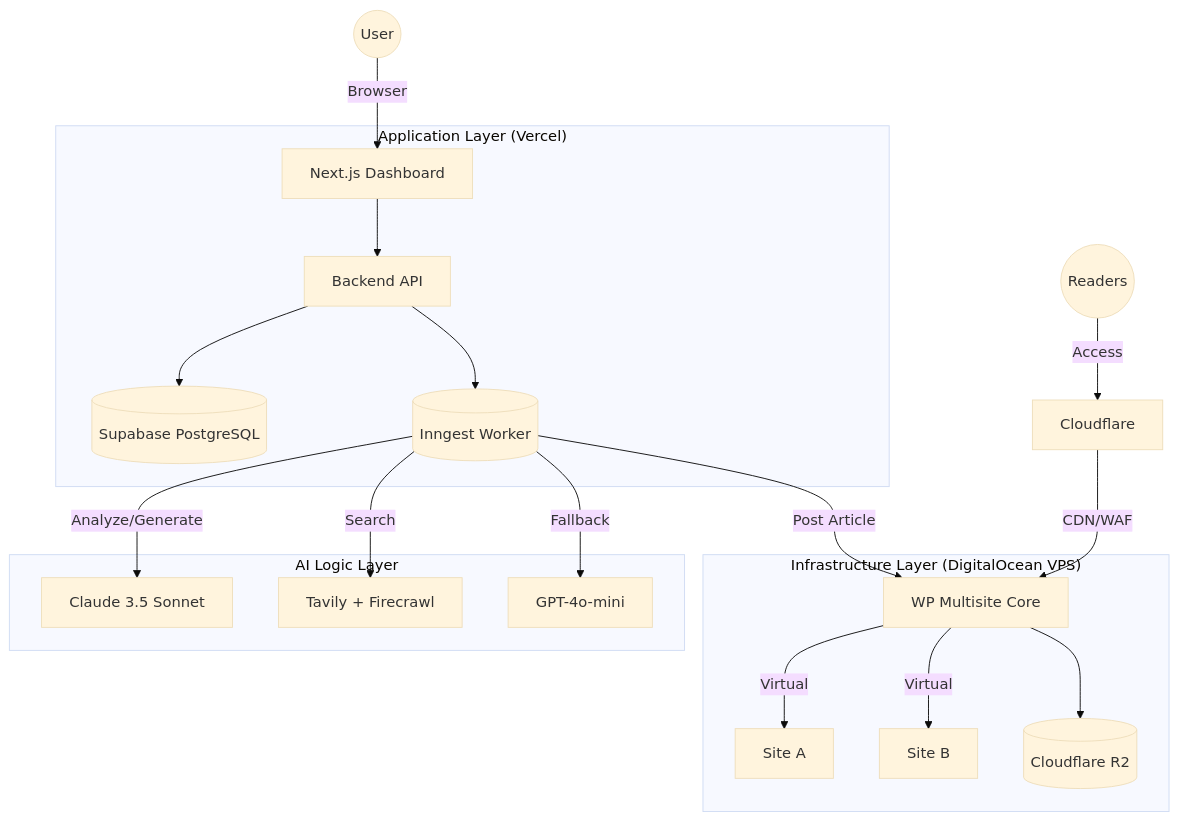
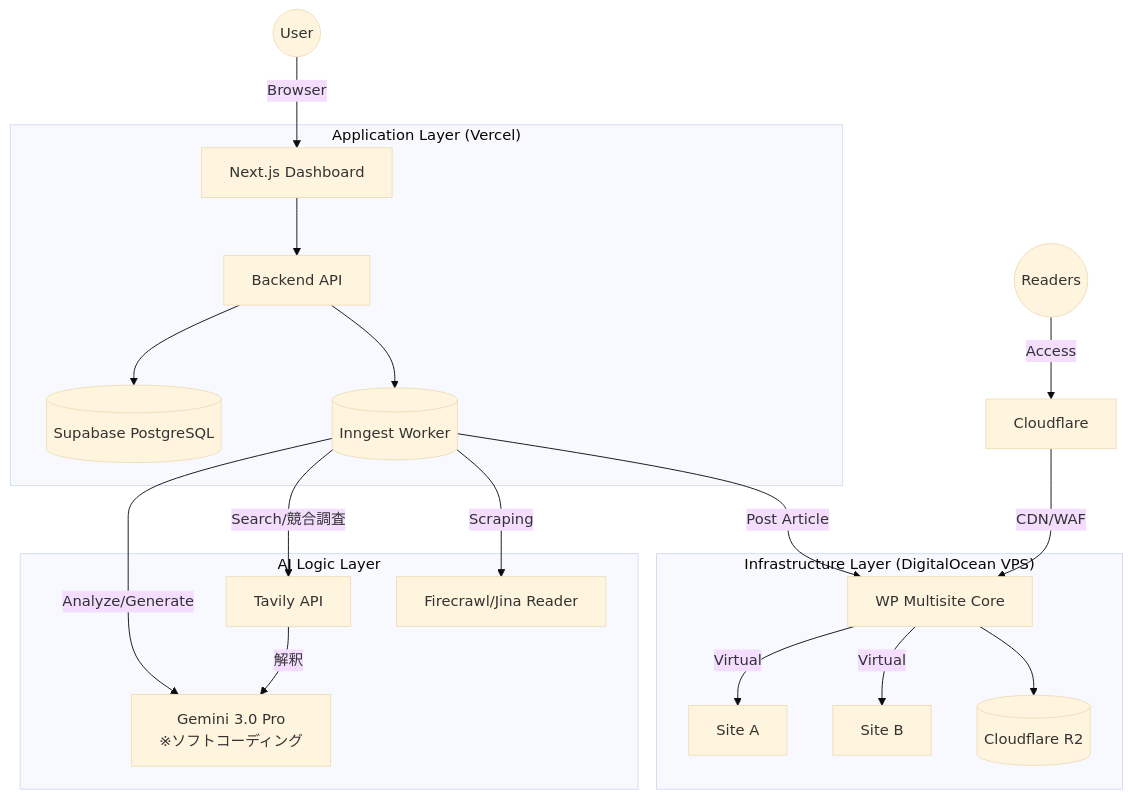
One commit to nakia73/AutoWordPress changed the diagram in docs/architecture/00_Master_Architecture.md. Above: the diagram before and after it, drawn with Mermaid (base theme). The commit also changed other lines of this file and 5 other files, not shown here.

````diff
--- a/docs/architecture/00_Master_Architecture.md
+++ b/docs/architecture/00_Master_Architecture.md
@@ -76,26 +90,27 @@
 ```mermaid
 graph TD
     User((User)) -->|Browser| Dashboard[Next.js Dashboard]
 
     subgraph "Application Layer (Vercel)"
         Dashboard --> API[Backend API]
         API --> DB[(Supabase PostgreSQL)]
         API --> Inngest[(Inngest Worker)]
     end
 
     subgraph "AI Logic Layer"
-        Inngest -->|Analyze/Generate| LLM[Claude 3.5 Sonnet]
-        Inngest -->|Search| Search[Tavily + Firecrawl]
-        Inngest -->|Fallback| LLM_FB[GPT-4o-mini]
+        Inngest -->|Analyze/Generate| LLM[Gemini 3.0 Pro<br/>※ソフトコーディング]
+        Inngest -->|Search/競合調査| Search[Tavily API]
+        Search -->|解釈| LLM
+        Inngest -->|Scraping| Scraper[Firecrawl/Jina Reader]
     end
 
     subgraph "Infrastructure Layer (DigitalOcean VPS)"
         Inngest -->|Post Article| WP_Multi[WP Multisite Core]
         WP_Multi -->|Virtual| SiteA[Site A]
         WP_Multi -->|Virtual| SiteB[Site B]
         WP_Multi --> R2[(Cloudflare R2)]
     end
 
     Public((Readers)) -->|Access| Cloudflare
     Cloudflare -->|CDN/WAF| WP_Multi
 ```
````
